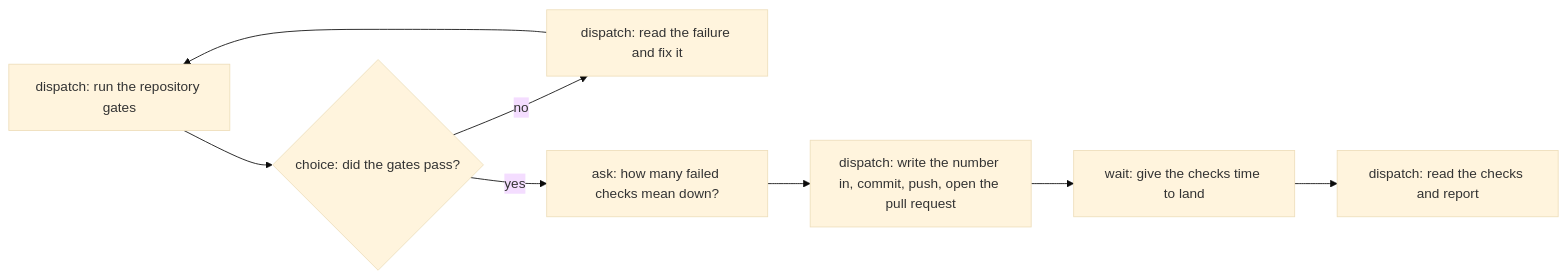
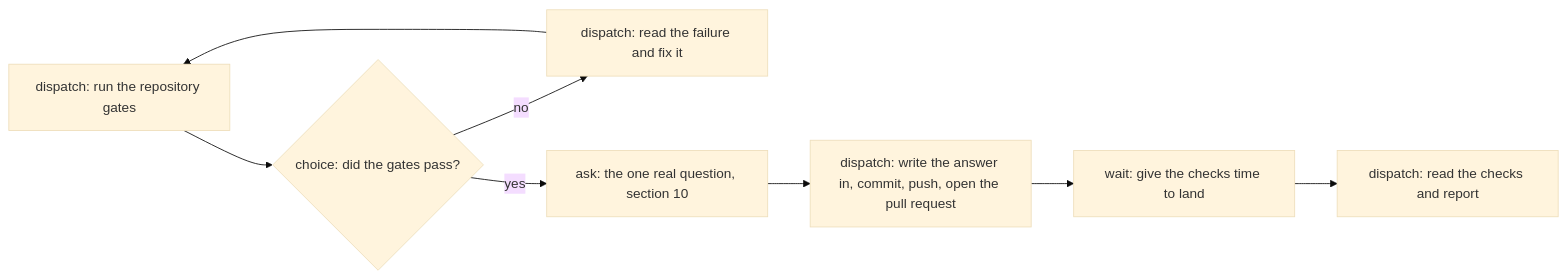
One commit to atlantic-blue/quay-crew changed the third of 3 diagrams in docs/ACCEPTANCE-PROJECT.md. Above: the diagram before and after it, drawn with Mermaid (base theme). The commit also changed other lines of this file, not shown here.

````diff
--- a/docs/ACCEPTANCE-PROJECT.md
+++ b/docs/ACCEPTANCE-PROJECT.md
@@ -155,10 +207,10 @@
 ```mermaid
 flowchart LR
     GATES["dispatch: run the repository gates"] --> PASSED{"choice: did the gates pass?"}
     PASSED -->|"no"| FIXED["dispatch: read the failure and fix it"]
     FIXED --> GATES
-    PASSED -->|"yes"| HOWMANY["ask: how many failed checks mean down?"]
-    HOWMANY --> OPEN["dispatch: write the number in, commit, push, open the pull request"]
+    PASSED -->|"yes"| ASK["ask: the one real question, section 10"]
+    ASK --> OPEN["dispatch: write the answer in, commit, push, open the pull request"]
     OPEN --> LAND["wait: give the checks time to land"]
     LAND --> READ["dispatch: read the checks and report"]
 ```
````
